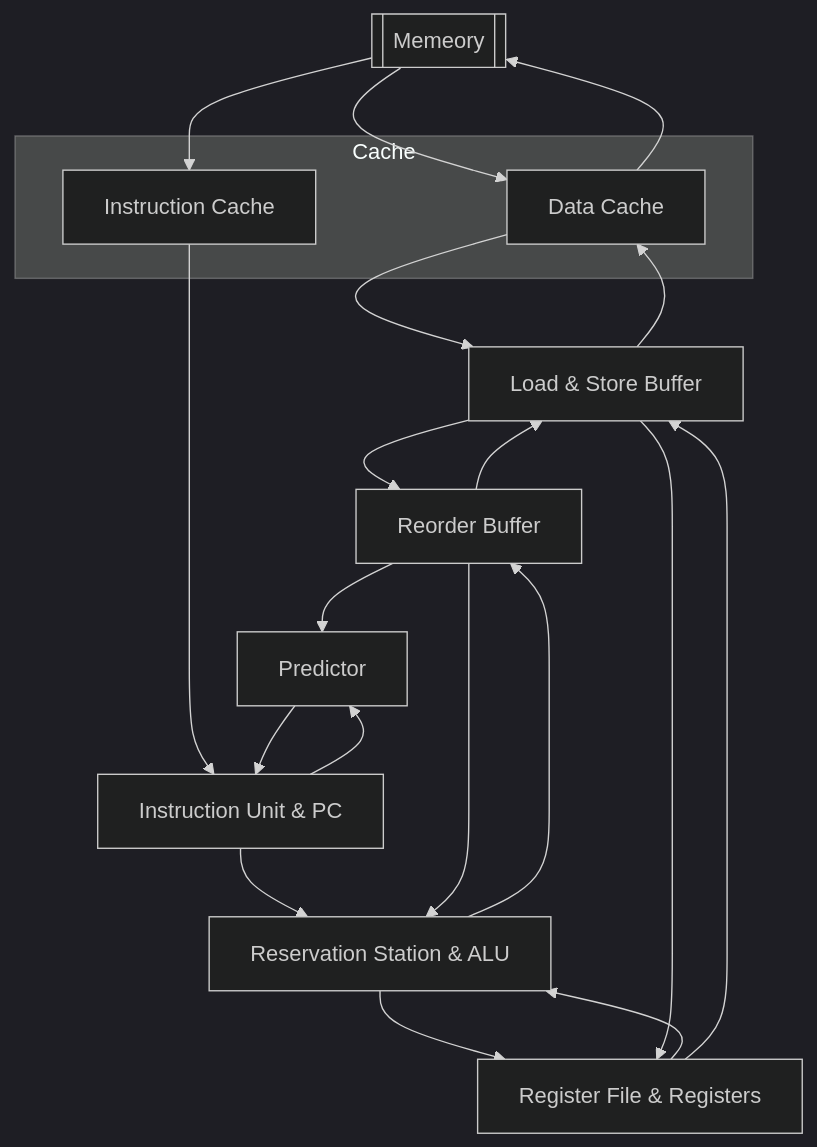
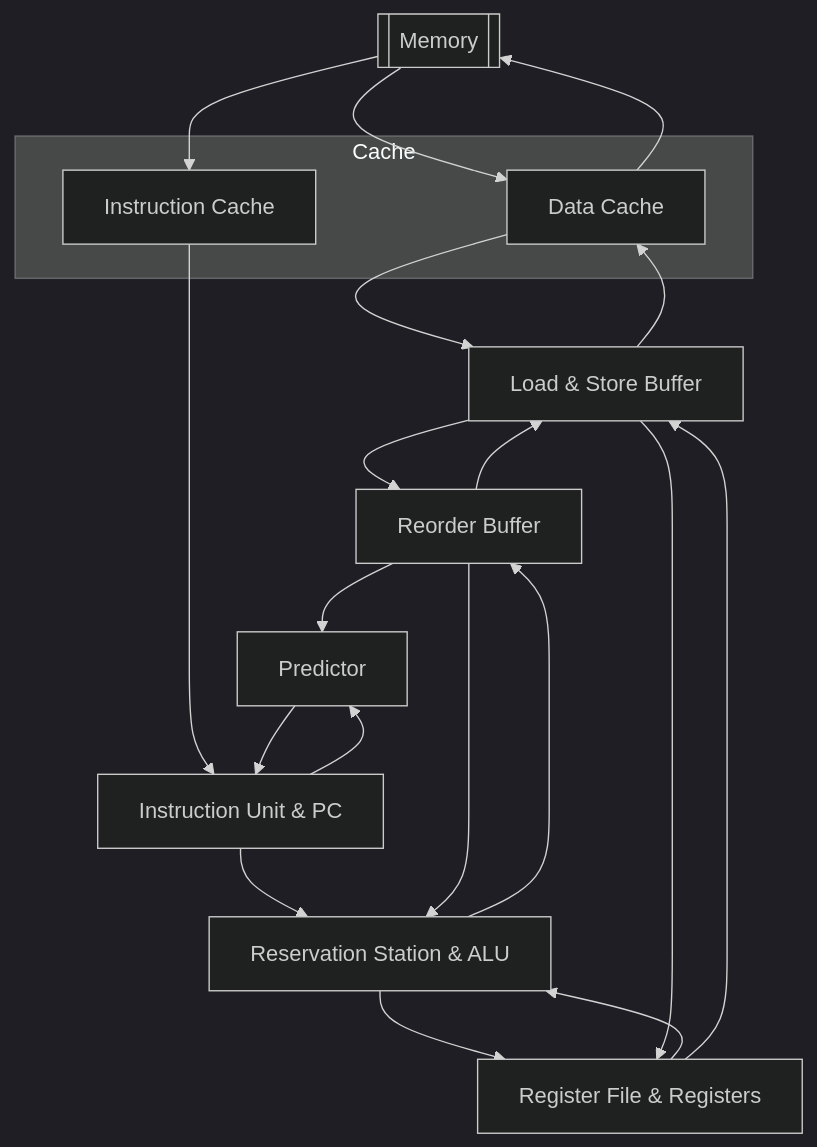
Before and after one commit to LauYeeYu/RV32I-CPU: the diagram in docs/overview.md, drawn with Mermaid (dark theme). The commit also changed other lines of this file, not shown here.

Commit message:
docs: fix typos

````diff
--- a/docs/overview.md
+++ b/docs/overview.md
@@ -5,33 +5,33 @@
 ```mermaid
 graph TD
-Mem[[Memeory]]
+Mem[[Memory]]
 subgraph Cache
   ICache[Instruction Cache]
   DCache[Data Cache]
 end
 InstructionUnit[Instruction Unit & PC]
 LSBuf[Load & Store Buffer]
 Predictor[Predictor]
 RoB[Reorder Buffer]
 RegFile[Register File & Registers]
 RS[Reservation Station & ALU]
 
 DCache --> Mem
 Mem --> DCache
 Mem --> ICache
 DCache --> LSBuf
 LSBuf --> DCache
 ICache --> InstructionUnit
 Predictor --> InstructionUnit
 InstructionUnit --> Predictor
 InstructionUnit --> RS
 RS --> RegFile
 RegFile --> RS
 RS --> RoB
 RoB --> RS
 LSBuf --> RoB
 RoB --> LSBuf
 LSBuf --> RegFile
 RegFile --> LSBuf
 RoB --> Predictor
 ```
````
